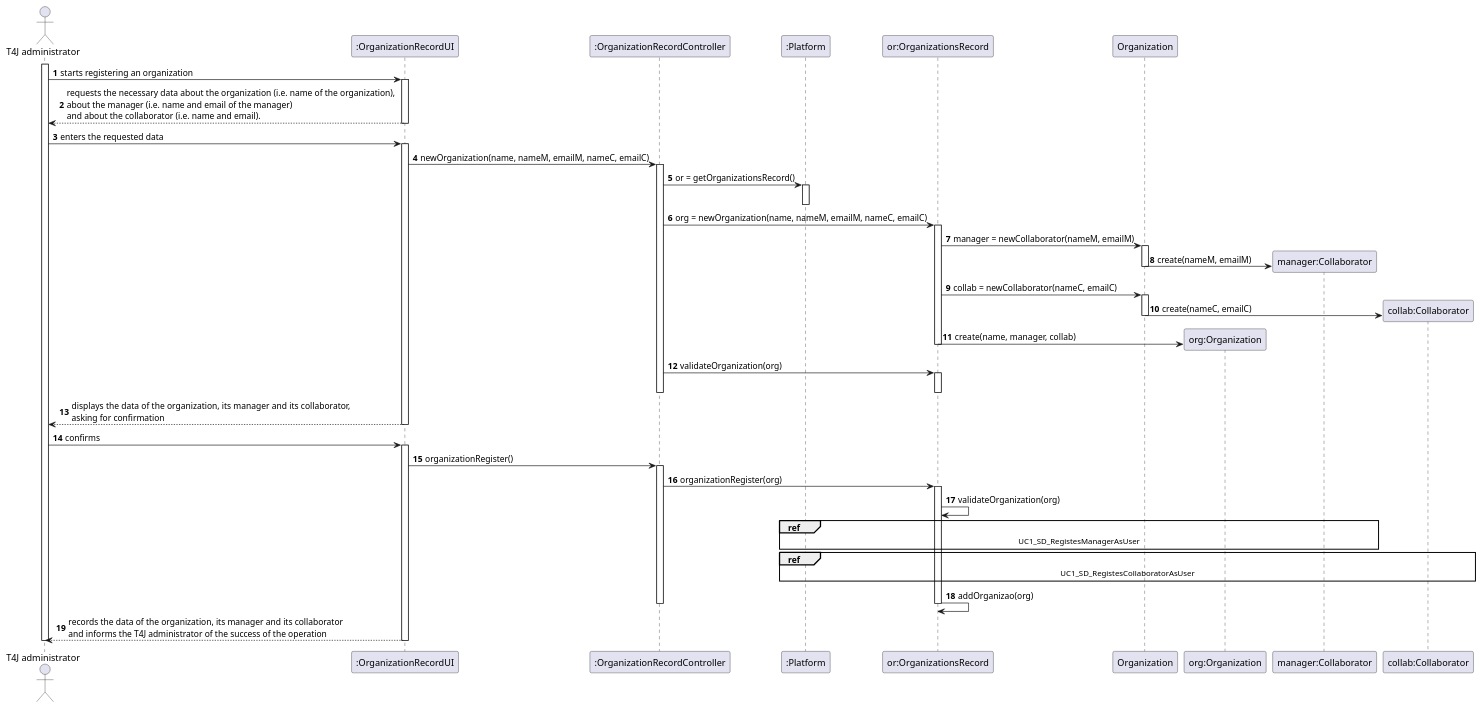
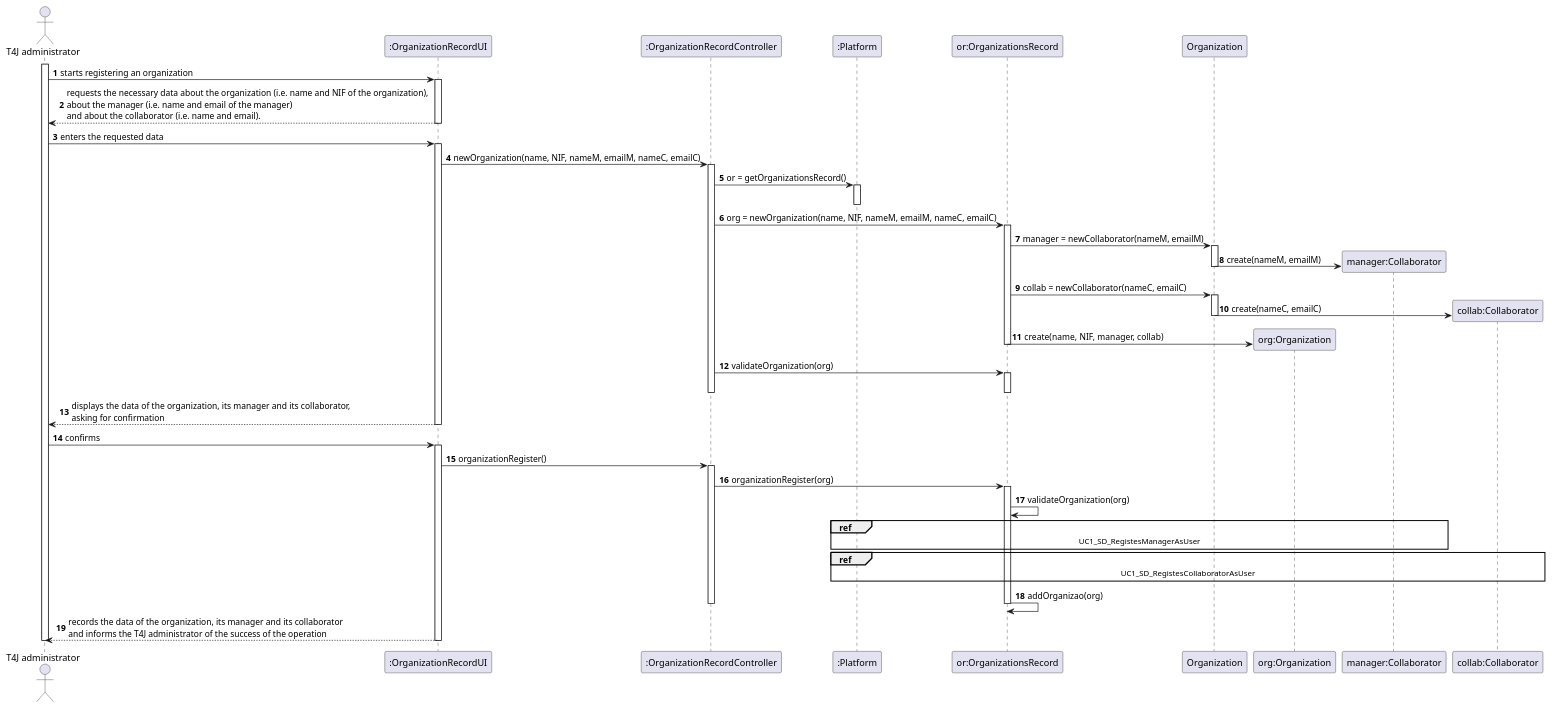
Before and after one commit to pedrolemos4/LAPR2: the diagram in docs/UC7 - Add New Organization/UC7_SD.puml, drawn with PlantUML. The commit also changed 12 other files, not shown here.

```diff
--- a/docs/UC7 - Add New Organization/UC7_SD.puml
+++ b/docs/UC7 - Add New Organization/UC7_SD.puml
@@ -1,80 +1,80 @@
 @startuml
 autonumber
 
 actor "T4J administrator" as ADM
 participant ":OrganizationRecordUI" as UI
 participant ":OrganizationRecordController" as CTRL
 participant ":Platform" as PLAT
 participant "or:OrganizationsRecord" as ORGS
 participant "Organization" as _ORG
 participant "org:Organization" as ORG
 participant "manager:Collaborator" as MANAGER
 participant "collab:Collaborator" as COLLAB
 
 activate ADM
 ADM -> UI : starts registering an organization
 activate UI
-UI --> ADM : requests the necessary data about the organization (i.e. name of the organization), \nabout the manager (i.e. name and email of the manager) \nand about the collaborator (i.e. name and email).
+UI --> ADM : requests the necessary data about the organization (i.e. name and NIF of the organization), \nabout the manager (i.e. name and email of the manager) \nand about the collaborator (i.e. name and email).
 deactivate UI
 
 ADM -> UI : enters the requested data
 activate UI
 
-UI -> CTRL : newOrganization(name, nameM, emailM, nameC, emailC)
+UI -> CTRL : newOrganization(name, NIF, nameM, emailM, nameC, emailC)
 activate CTRL
 
 CTRL -> PLAT: or = getOrganizationsRecord()
 activate PLAT
 deactivate PLAT
 
-CTRL -> ORGS: org = newOrganization(name, nameM, emailM, nameC, emailC)
+CTRL -> ORGS: org = newOrganization(name, NIF, nameM, emailM, nameC, emailC)
 activate ORGS
 
 ORGS -> _ORG: manager = newCollaborator(nameM, emailM)
 activate _ORG
 _ORG -> MANAGER** : create(nameM, emailM)
 deactivate _ORG
 
 ORGS -> _ORG: collab = newCollaborator(nameC, emailC)
 activate _ORG
 _ORG -> COLLAB** : create(nameC, emailC)
 deactivate _ORG
 
-ORGS -> ORG ** : create(name, manager, collab)
+ORGS -> ORG ** : create(name, NIF, manager, collab)
 deactivate ORGS
 
 CTRL -> ORGS : validateOrganization(org)
 activate ORGS
 deactivate ORGS
 
 deactivate CTRL
 UI --> ADM : displays the data of the organization, its manager and its collaborator, \nasking for confirmation
 deactivate UI
 
 ADM -> UI : confirms
 activate UI
 
 UI -> CTRL: organizationRegister()
 activate CTRL
 CTRL -> ORGS: organizationRegister(org)
 activate ORGS
 
 ORGS -> ORGS: validateOrganization(org)
 
 ref over ORGS, MANAGER, PLAT
   UC1_SD_RegistesManagerAsUser
 end ref
 
 ref over ORGS, COLLAB, PLAT
   UC1_SD_RegistesCollaboratorAsUser
 end ref
 
 ORGS -> ORGS: addOrganizao(org)
 deactivate ORGS
 
 deactivate CTRL
 UI --> ADM :  records the data of the organization, its manager and its collaborator \nand informs the T4J administrator of the success of the operation
 deactivate UI
 
 deactivate ADM
 @enduml
```
